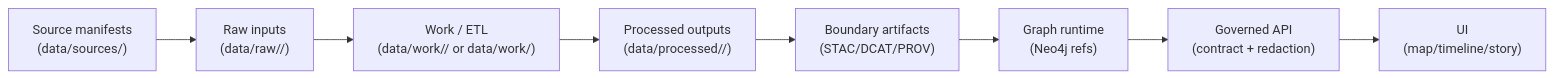
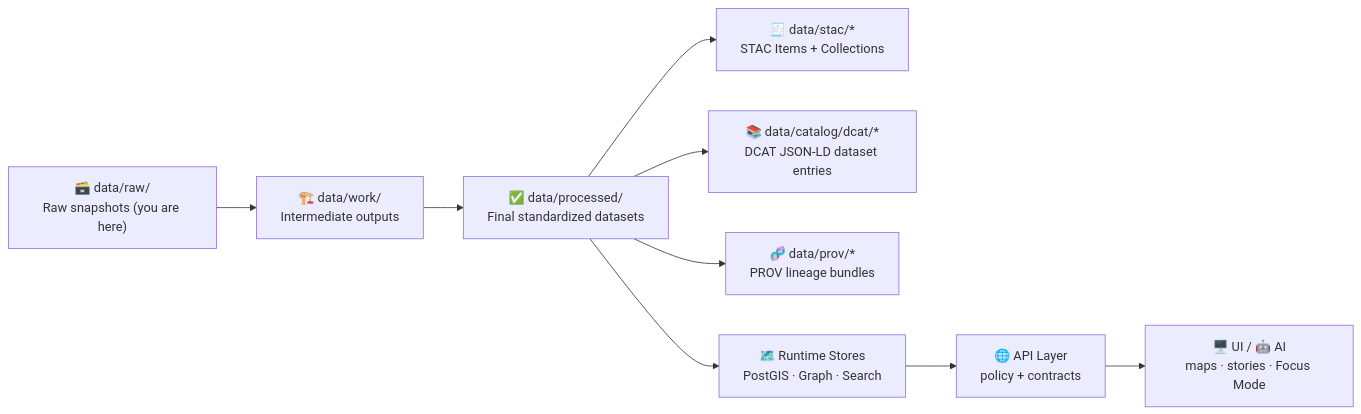
One commit to bartytime4life/Kansas-Frontier-Matrix changed the diagram in data/raw/<domain>/README.md. Above: the diagram before and after it, drawn with Mermaid. The commit also changed other lines of this file, not shown here.

````diff
--- a/data/raw/<domain>/README.md
+++ b/data/raw/<domain>/README.md
@@ -125,10 +15,11 @@
 ```mermaid
 flowchart LR
-  SOURCES["Source manifests\n(data/sources/)"] --> RAW["Raw inputs\n(data/raw/<domain>/)"]
-  RAW --> WORK["Work / ETL\n(data/work/<domain>/ or data/work/)"]
-  WORK --> PROC["Processed outputs\n(data/processed/<domain>/)"]
-  PROC --> BOUND["Boundary artifacts\n(STAC/DCAT/PROV)"]
-  BOUND --> GRAPH["Graph runtime\n(Neo4j refs)"]
-  GRAPH --> API["Governed API\n(contract + redaction)"]
-  API --> UI["UI\n(map/timeline/story)"]
+  A["🗃️ data/raw/<domain><br/>Raw snapshots (you are here)"] --> B["🏗️ data/work/<domain><br/>Intermediate outputs"]
+  B --> C["✅ data/processed/<domain><br/>Final standardized datasets"]
+  C --> D["🧾 data/stac/*<br/>STAC Items + Collections"]
+  C --> E["📚 data/catalog/dcat/*<br/>DCAT JSON-LD dataset entries"]
+  C --> F["🧬 data/prov/*<br/>PROV lineage bundles"]
+  C --> G["🗺️ Runtime Stores<br/>PostGIS · Graph · Search"]
+  G --> H["🌐 API Layer<br/>policy + contracts"]
+  H --> I["🖥️ UI / 🤖 AI<br/>maps · stories · Focus Mode"]
 ```
````
